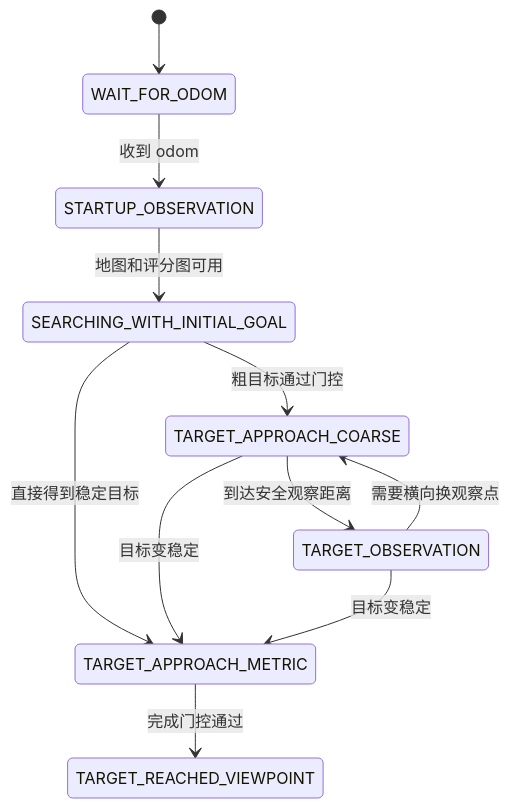
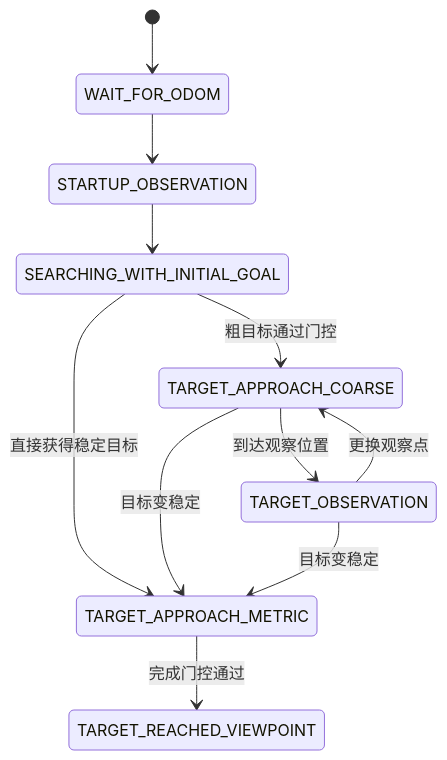
One commit to wycaca/wildos changed the first of 2 diagrams in graph_construction/docs/details/target_exploration.md. Above: the diagram before and after it, drawn with Mermaid. The commit also changed other lines of this file and 7 other files, not shown here.

````diff
--- a/graph_construction/docs/details/target_exploration.md
+++ b/graph_construction/docs/details/target_exploration.md
@@ -54,13 +33,13 @@
 ```mermaid
 stateDiagram-v2
     [*] --> WAIT_FOR_ODOM
-    WAIT_FOR_ODOM --> STARTUP_OBSERVATION: 收到 odom
-    STARTUP_OBSERVATION --> SEARCHING_WITH_INITIAL_GOAL: 地图和评分图可用
+    WAIT_FOR_ODOM --> STARTUP_OBSERVATION
+    STARTUP_OBSERVATION --> SEARCHING_WITH_INITIAL_GOAL
     SEARCHING_WITH_INITIAL_GOAL --> TARGET_APPROACH_COARSE: 粗目标通过门控
-    TARGET_APPROACH_COARSE --> TARGET_OBSERVATION: 到达安全观察距离
-    TARGET_OBSERVATION --> TARGET_APPROACH_COARSE: 需要横向换观察点
-    SEARCHING_WITH_INITIAL_GOAL --> TARGET_APPROACH_METRIC: 直接得到稳定目标
+    TARGET_APPROACH_COARSE --> TARGET_OBSERVATION: 到达观察位置
+    TARGET_OBSERVATION --> TARGET_APPROACH_COARSE: 更换观察点
+    SEARCHING_WITH_INITIAL_GOAL --> TARGET_APPROACH_METRIC: 直接获得稳定目标
     TARGET_APPROACH_COARSE --> TARGET_APPROACH_METRIC: 目标变稳定
     TARGET_OBSERVATION --> TARGET_APPROACH_METRIC: 目标变稳定
     TARGET_APPROACH_METRIC --> TARGET_REACHED_VIEWPOINT: 完成门控通过
 ```
````
